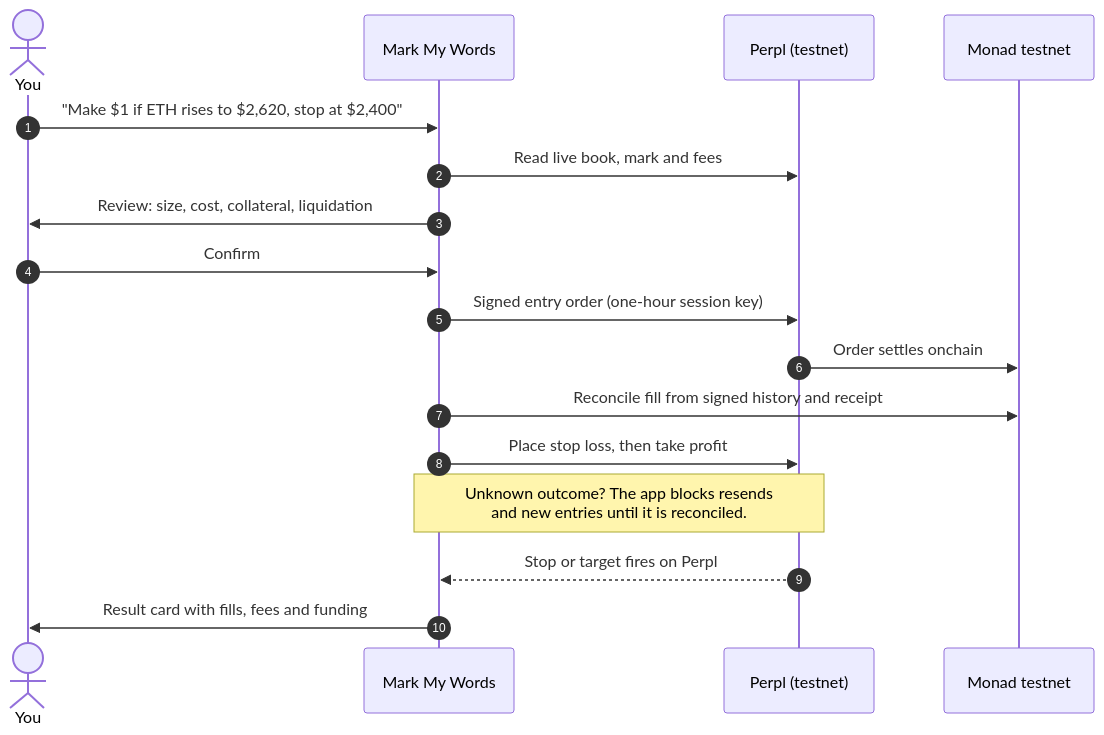
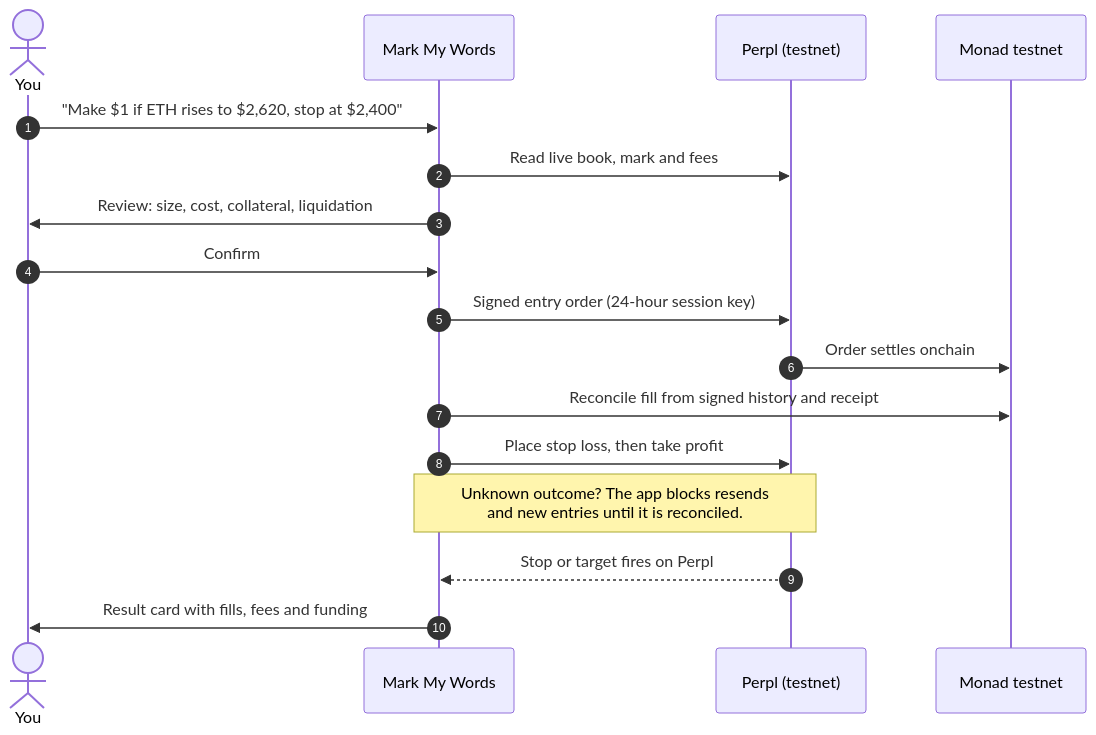
Before and after one commit to Vasqq/mark-my-words: the first of 2 diagrams in README.md, drawn with Mermaid. The commit also changed other lines of this file and 5 other files, not shown here.

````diff
--- a/README.md
+++ b/README.md
@@ -64,20 +64,20 @@
 ```mermaid
 sequenceDiagram
     autonumber
     actor U as You
     participant A as Mark My Words
     participant P as Perpl (testnet)
     participant M as Monad testnet
 
     U->>A: "Make $1 if ETH rises to $2,620, stop at $2,400"
     A->>P: Read live book, mark and fees
     A->>U: Review: size, cost, collateral, liquidation
     U->>A: Confirm
-    A->>P: Signed entry order (one-hour session key)
+    A->>P: Signed entry order (24-hour session key)
     P->>M: Order settles onchain
     A->>M: Reconcile fill from signed history and receipt
     A->>P: Place stop loss, then take profit
     Note over A,P: Unknown outcome? The app blocks resends<br/>and new entries until it is reconciled.
     P-->>A: Stop or target fires on Perpl
     A->>U: Result card with fills, fees and funding
 ```
````
